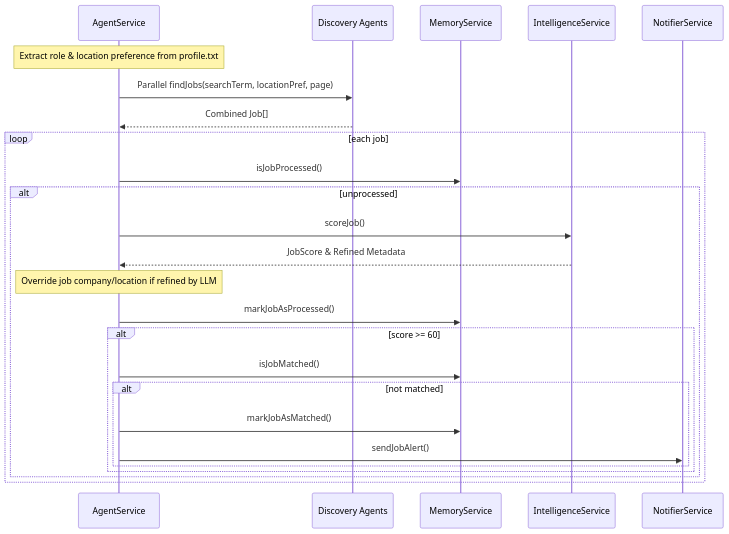
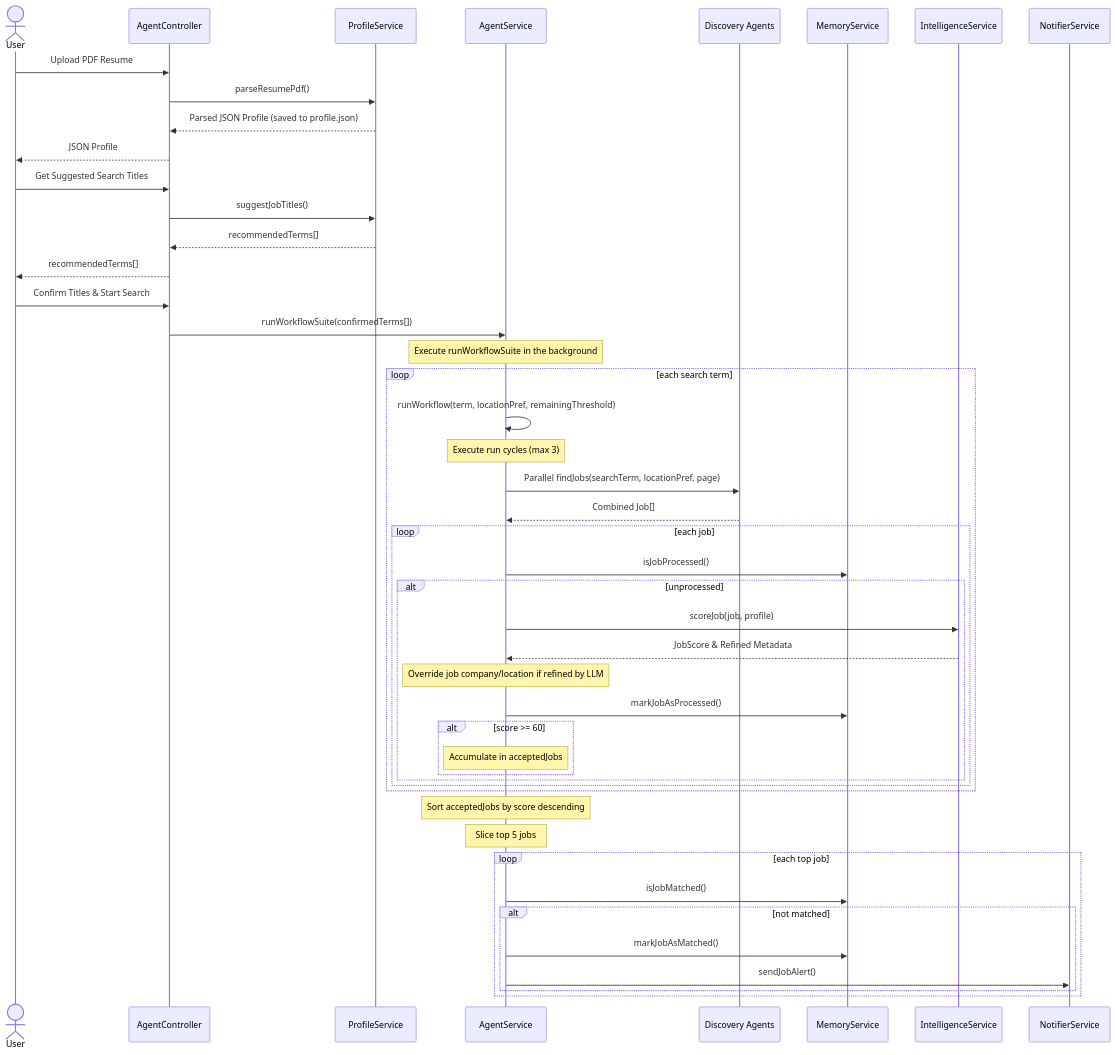
The diagram in wiki/entities/core-modules.md (supersparton/CareerAtlas), drawn with Mermaid before and after one commit. The commit also changed other lines of this file and 24 other files, not shown here.

````diff
--- a/wiki/entities/core-modules.md
+++ b/wiki/entities/core-modules.md
@@ -26,28 +28,52 @@
 ```mermaid
 sequenceDiagram
+    actor User
+    participant Controller as AgentController
+    participant Profile as ProfileService
     participant Agent as AgentService
     participant Discovery as Discovery Agents
     participant Memory as MemoryService
     participant Intelligence as IntelligenceService
     participant Notifier as NotifierService
 
-    Note over Agent: Extract role & location preference from profile.txt
-    Agent->>Discovery: Parallel findJobs(searchTerm, locationPref, page)
-    Discovery-->>Agent: Combined Job[]
-    loop each job
-        Agent->>Memory: isJobProcessed()
-        alt unprocessed
-            Agent->>Intelligence: scoreJob()
-            Intelligence-->>Agent: JobScore & Refined Metadata
-            Note over Agent: Override job company/location if refined by LLM
-            Agent->>Memory: markJobAsProcessed()
-            alt score >= 60
-                Agent->>Memory: isJobMatched()
-                alt not matched
-                    Agent->>Memory: markJobAsMatched()
-                    Agent->>Notifier: sendJobAlert()
+    User->>Controller: Upload PDF Resume
+    Controller->>Profile: parseResumePdf()
+    Profile-->>Controller: Parsed JSON Profile (saved to profile.json)
+    Controller-->>User: JSON Profile
+    
+    User->>Controller: Get Suggested Search Titles
+    Controller->>Profile: suggestJobTitles()
+    Profile-->>Controller: recommendedTerms[]
+    Controller-->>User: recommendedTerms[]
+    
+    User->>Controller: Confirm Titles & Start Search
+    Controller->>Agent: runWorkflowSuite(confirmedTerms[])
+    Note over Agent: Execute runWorkflowSuite in the background
+    loop each search term
+        Agent->>Agent: runWorkflow(term, locationPref, remainingThreshold)
+        Note over Agent: Execute run cycles (max 3)
+        Agent->>Discovery: Parallel findJobs(searchTerm, locationPref, page)
+        Discovery-->>Agent: Combined Job[]
+        loop each job
+            Agent->>Memory: isJobProcessed()
+            alt unprocessed
+                Agent->>Intelligence: scoreJob(job, profile)
+                Intelligence-->>Agent: JobScore & Refined Metadata
+                Note over Agent: Override job company/location if refined by LLM
+                Agent->>Memory: markJobAsProcessed()
+                alt score >= 60
+                    Note over Agent: Accumulate in acceptedJobs
                 end
             end
         end
     end
+    Note over Agent: Sort acceptedJobs by score descending
+    Note over Agent: Slice top 5 jobs
+    loop each top job
+        Agent->>Memory: isJobMatched()
+        alt not matched
+            Agent->>Memory: markJobAsMatched()
+            Agent->>Notifier: sendJobAlert()
+        end
+    end
 ```
````
